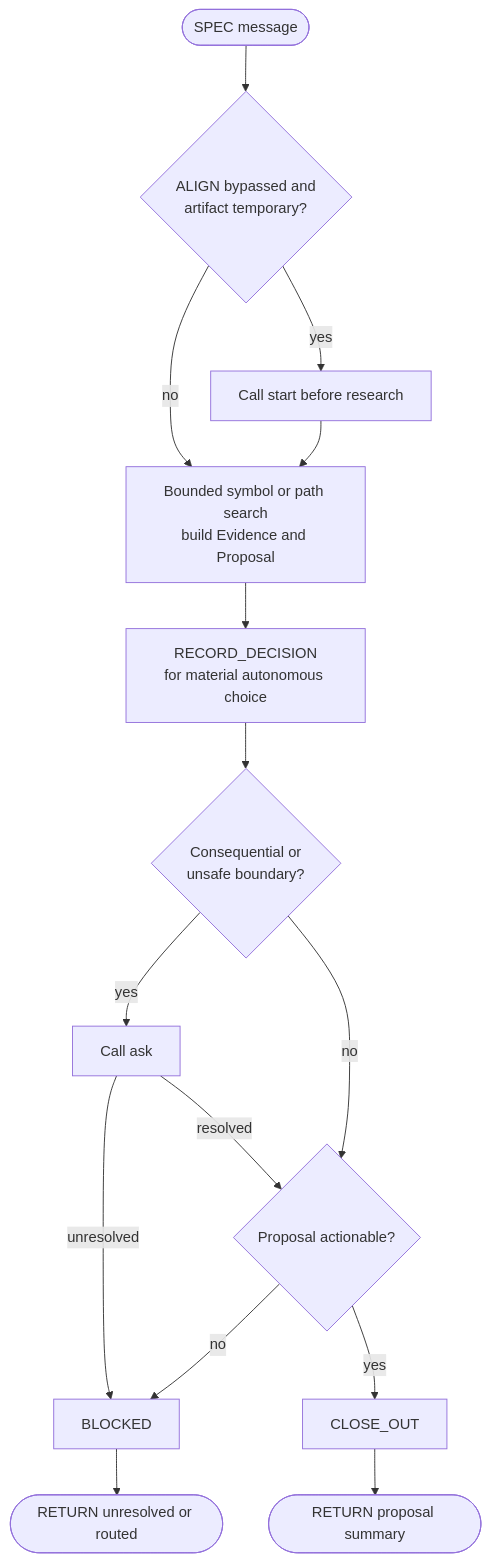
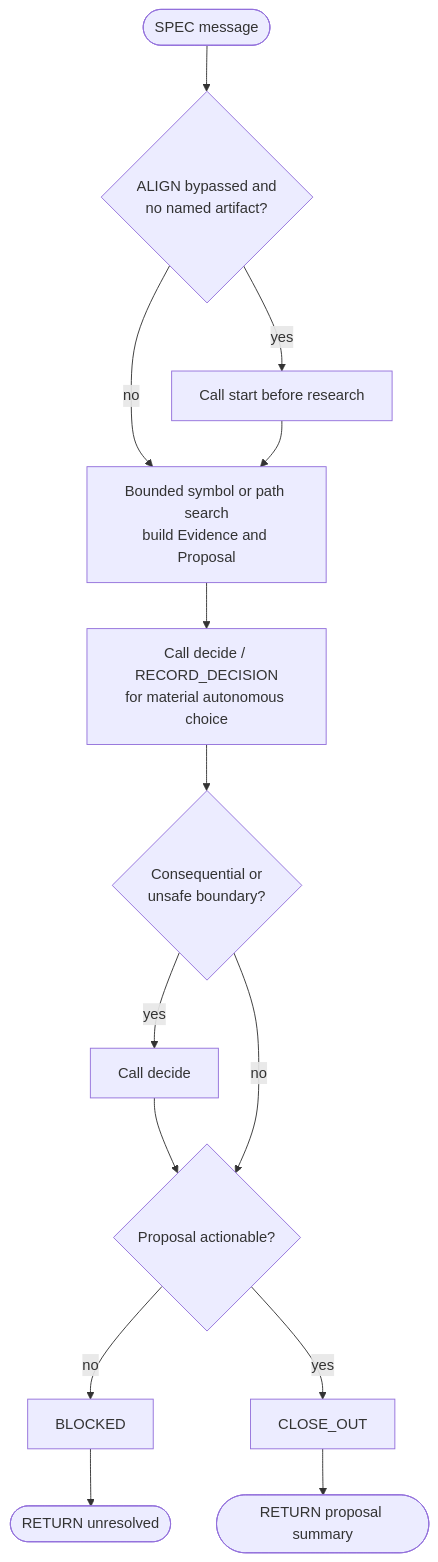
The fifth of 12 diagrams in docs/AGENT-WORKFLOW-DIAGRAMS.md (dhumdil-apps/pi-director), drawn with Mermaid before and after one commit. The commit also changed other lines of this file and 12 other files, not shown here.

````diff
--- a/docs/AGENT-WORKFLOW-DIAGRAMS.md
+++ b/docs/AGENT-WORKFLOW-DIAGRAMS.md
@@ -117,17 +119,16 @@
 ```mermaid
 flowchart TD
-    Enter([SPEC message]) --> Prep{ALIGN bypassed and<br/>artifact temporary?}
+    Enter([SPEC message]) --> Prep{ALIGN bypassed and<br/>no named artifact?}
     Prep -- yes --> Start[Call start before research]
     Prep -- no --> Research
     Start --> Research[Bounded symbol or path search<br/>build Evidence and Proposal]
-    Research --> Decision[RECORD_DECISION<br/>for material autonomous choice]
+    Research --> Decision[Call decide / RECORD_DECISION<br/>for material autonomous choice]
     Decision --> Boundary{Consequential or<br/>unsafe boundary?}
-    Boundary -- yes --> Ask[Call ask]
-    Ask -- unresolved --> Blocked[BLOCKED]
-    Ask -- resolved --> Actionable
+    Boundary -- yes --> Decide[Call decide]
+    Decide --> Actionable
     Boundary -- no --> Actionable{Proposal actionable?}
-    Actionable -- no --> Blocked
+    Actionable -- no --> Blocked[BLOCKED]
     Actionable -- yes --> Close[CLOSE_OUT]
-    Blocked --> Stop([RETURN unresolved or routed])
+    Blocked --> Stop([RETURN unresolved])
     Close --> Done([RETURN proposal summary])
 ```
````
